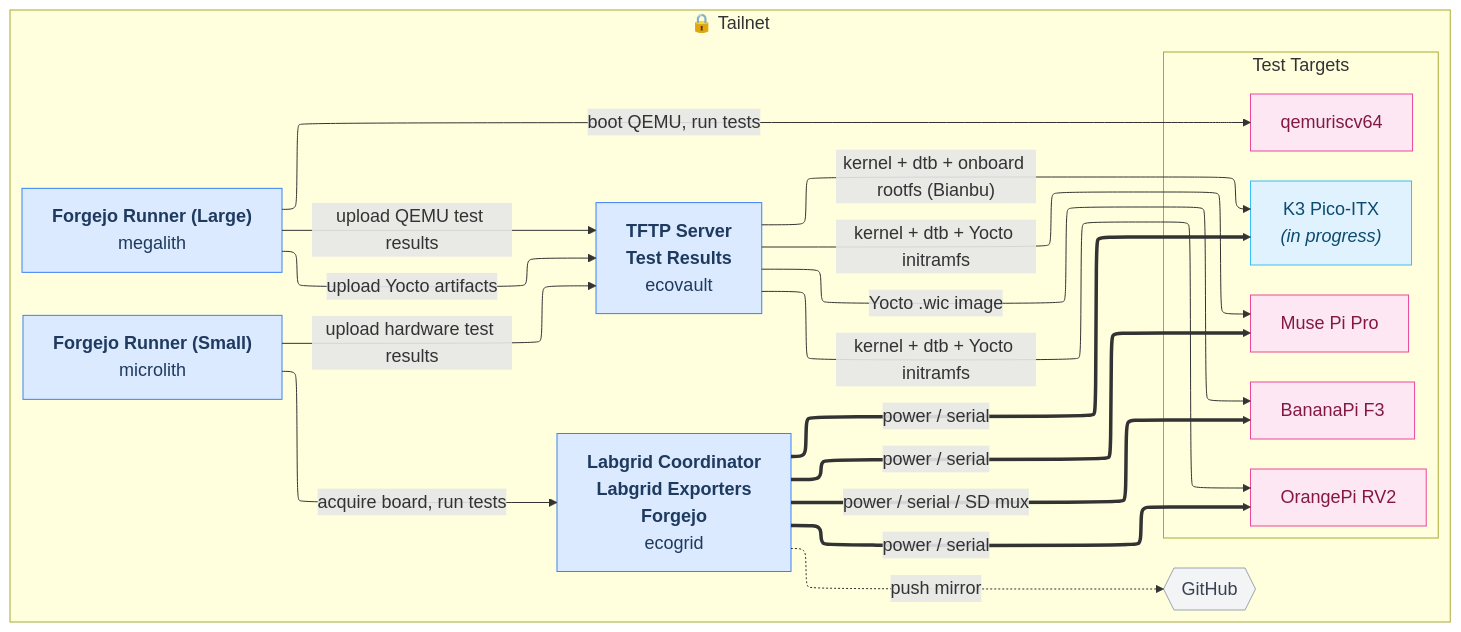
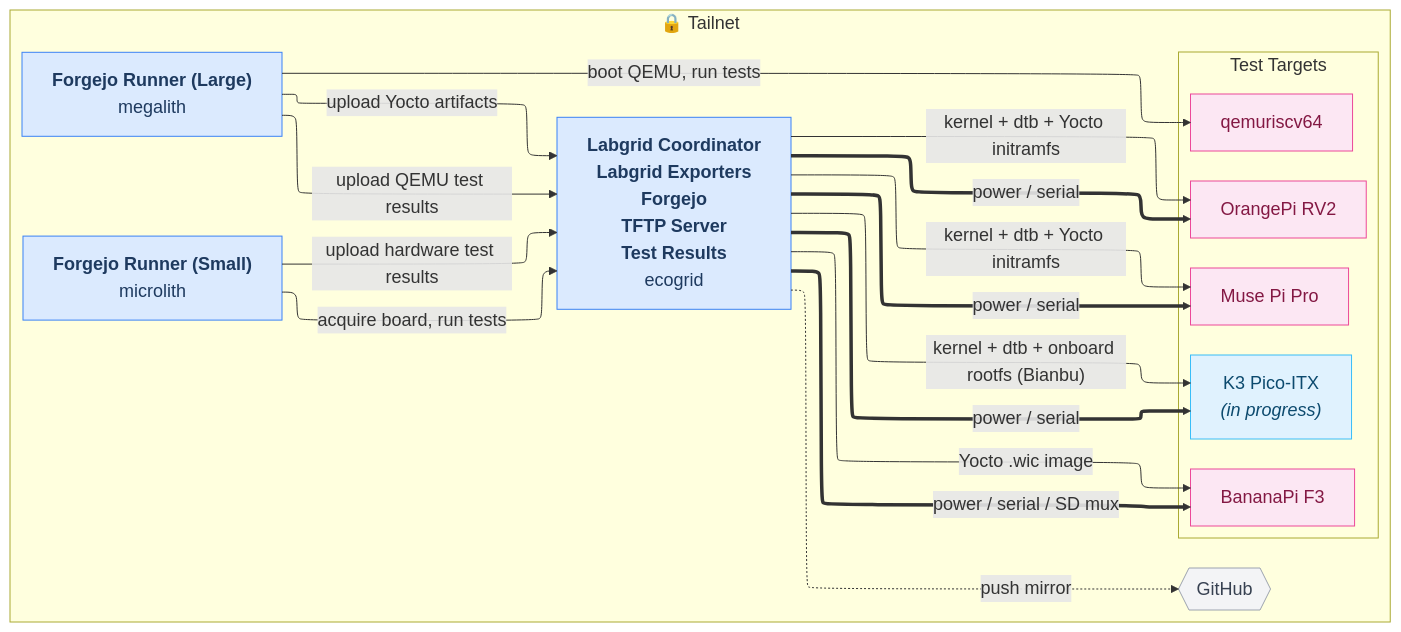
The diagram in docs/network.mmd (threexc/boardgarden), drawn with Mermaid before and after one commit. The commit also changed 4 other files, not shown here.

Commit message:
docs: update network, bom details for tftp, ecogrid

```diff
--- a/docs/network.mmd
+++ b/docs/network.mmd
@@ -1,45 +1,44 @@
 %%{init: {"theme": "default", "flowchart": {"htmlLabels": true, "nodeSpacing": 30, "rankSpacing": 60, "defaultRenderer": "elk"}, "themeVariables": {"fontSize": "18px", "fontFamily": "Liberation Sans"}} }%%
 flowchart LR
   subgraph tailnet["🔒 Tailnet"]
-    ecogrid["<b>Labgrid Coordinator</b><br/><b>Labgrid Exporters</b><br/><b>Forgejo</b><br/>ecogrid"]
-    ecovault["<b>TFTP Server</b><br/><b>Test Results</b><br/>ecovault"]
+    ecogrid["<b>Labgrid Coordinator</b><br/><b>Labgrid Exporters</b><br/><b>Forgejo</b><br/><b>TFTP Server</b><br/><b>Test Results</b><br/>ecogrid"]
     runner1["<b>Forgejo Runner (Large)</b><br/>megalith"]
     runner2["<b>Forgejo Runner (Small)</b><br/>microlith"]
     github{{"GitHub"}}
     subgraph boards["Test Targets"]
       direction TB
       board_1["BananaPi F3"]
       board_2["Muse Pi Pro"]
       board_3["OrangePi RV2"]
       board_4["qemuriscv64"]
       board_5["K3 Pico-ITX<br/><i>(in progress)</i>"]
     end
   end
 
   %% ── Hosted-on relationships ──
 
   %% ── Links ──
   ecogrid ==>|"power / serial / SD mux"| board_1
   ecogrid ==>|"power / serial"| board_2
   ecogrid ==>|"power / serial"| board_3
   ecogrid ==>|"power / serial"| board_5
   ecogrid -..->|"push mirror"| github
-  runner1 -->|"upload Yocto artifacts"| ecovault
-  runner1 -->|"upload QEMU test results"| ecovault
+  runner1 -->|"upload Yocto artifacts"| ecogrid
+  runner1 -->|"upload QEMU test results"| ecogrid
   runner1 -->|"boot QEMU, run tests"| board_4
   runner2 -->|"acquire board, run tests"| ecogrid
-  runner2 -->|"upload hardware test results"| ecovault
-  ecovault -->|"Yocto .wic image"| board_1
-  ecovault -->|"kernel + dtb + Yocto initramfs"| board_2
-  ecovault -->|"kernel + dtb + Yocto initramfs"| board_3
-  ecovault -->|"kernel + dtb + onboard rootfs (Bianbu)"| board_5
+  runner2 -->|"upload hardware test results"| ecogrid
+  ecogrid -->|"Yocto .wic image"| board_1
+  ecogrid -->|"kernel + dtb + Yocto initramfs"| board_2
+  ecogrid -->|"kernel + dtb + Yocto initramfs"| board_3
+  ecogrid -->|"kernel + dtb + onboard rootfs (Bianbu)"| board_5
 
   %% ── Styles ──
   classDef machine fill:#dbeafe,stroke:#3b82f6,color:#1e3a5f
-  class ecogrid,ecovault,runner1,runner2 machine
+  class ecogrid,runner1,runner2 machine
   classDef external fill:#f3f4f6,stroke:#9ca3af,color:#374151
   class github external
   classDef board fill:#fce7f3,stroke:#ec4899,color:#831843
   class board_1,board_2,board_3,board_4 board
   classDef board_in_progress fill:#e0f2fe,stroke:#38bdf8,color:#0c4a6e
   class board_5 board_in_progress
```
